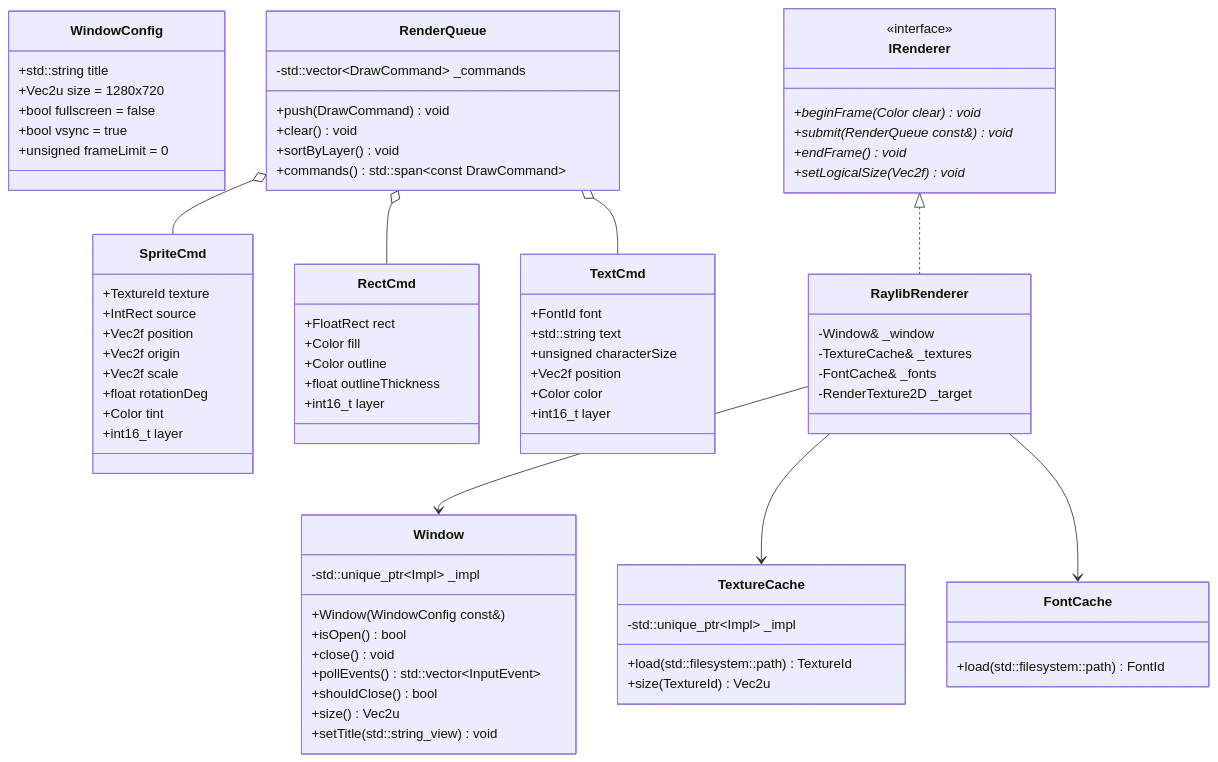
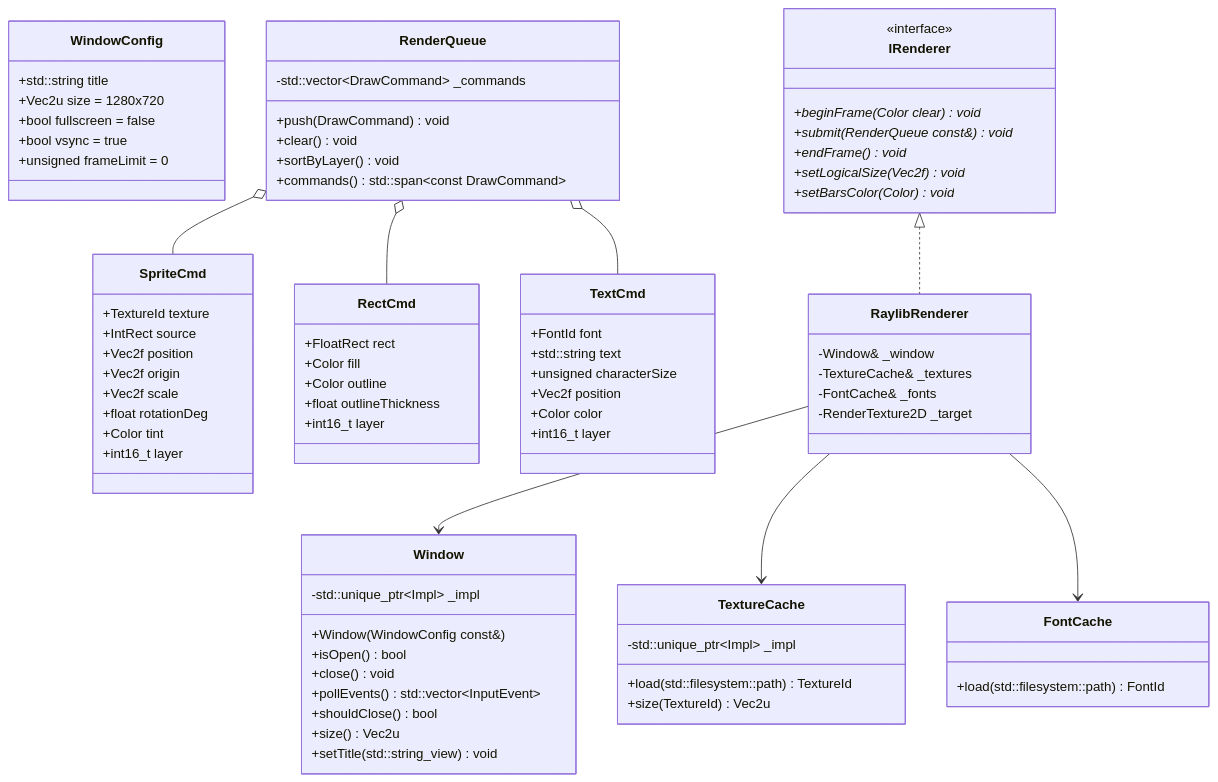
Before and after one commit to janumaruku/r-type: the fourth of 6 diagrams in docs/modules/engine.md, drawn with Mermaid. The commit also changed other lines of this file and 49 other files, not shown here.

````diff
--- a/docs/modules/engine.md
+++ b/docs/modules/engine.md
@@ -529,80 +529,81 @@
 ```mermaid
 classDiagram
     class WindowConfig {
         +std::string title
         +Vec2u size = 1280x720
         +bool fullscreen = false
         +bool vsync = true
         +unsigned frameLimit = 0
     }
     class Window {
         -std::unique_ptr~Impl~ _impl
         +Window(WindowConfig const&)
         +isOpen() bool
         +close() void
         +pollEvents() std::vector~InputEvent~
         +shouldClose() bool
         +size() Vec2u
         +setTitle(std::string_view) void
     }
     class TextureCache {
         -std::unique_ptr~Impl~ _impl
         +load(std::filesystem::path) TextureId
         +size(TextureId) Vec2u
     }
     class FontCache {
         +load(std::filesystem::path) FontId
     }
     class SpriteCmd {
         +TextureId texture
         +IntRect source
         +Vec2f position
         +Vec2f origin
         +Vec2f scale
         +float rotationDeg
         +Color tint
         +int16_t layer
     }
     class RectCmd {
         +FloatRect rect
         +Color fill
         +Color outline
         +float outlineThickness
         +int16_t layer
     }
     class TextCmd {
         +FontId font
         +std::string text
         +unsigned characterSize
         +Vec2f position
         +Color color
         +int16_t layer
     }
     class RenderQueue {
         -std::vector~DrawCommand~ _commands
         +push(DrawCommand) void
         +clear() void
         +sortByLayer() void
         +commands() std::span~const DrawCommand~
     }
     class IRenderer {
         <<interface>>
         +beginFrame(Color clear)* void
         +submit(RenderQueue const&)* void
         +endFrame()* void
         +setLogicalSize(Vec2f)* void
+        +setBarsColor(Color)* void
     }
     class RaylibRenderer {
         -Window& _window
         -TextureCache& _textures
         -FontCache& _fonts
         -RenderTexture2D _target
     }
     IRenderer <|.. RaylibRenderer
     RaylibRenderer --> Window
     RaylibRenderer --> TextureCache
     RaylibRenderer --> FontCache
     RenderQueue o-- SpriteCmd
     RenderQueue o-- RectCmd
     RenderQueue o-- TextCmd
 ```
````
